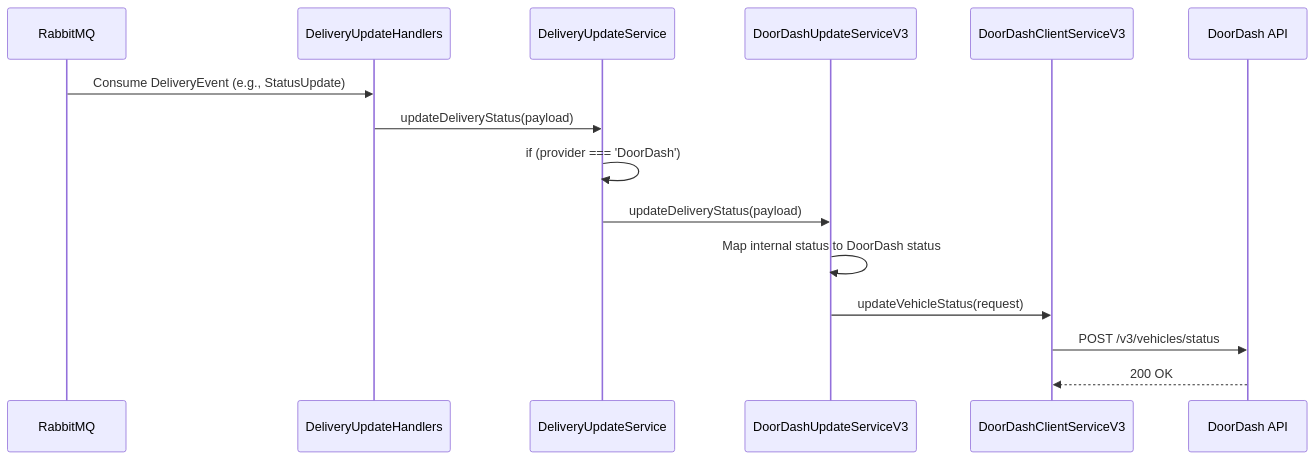
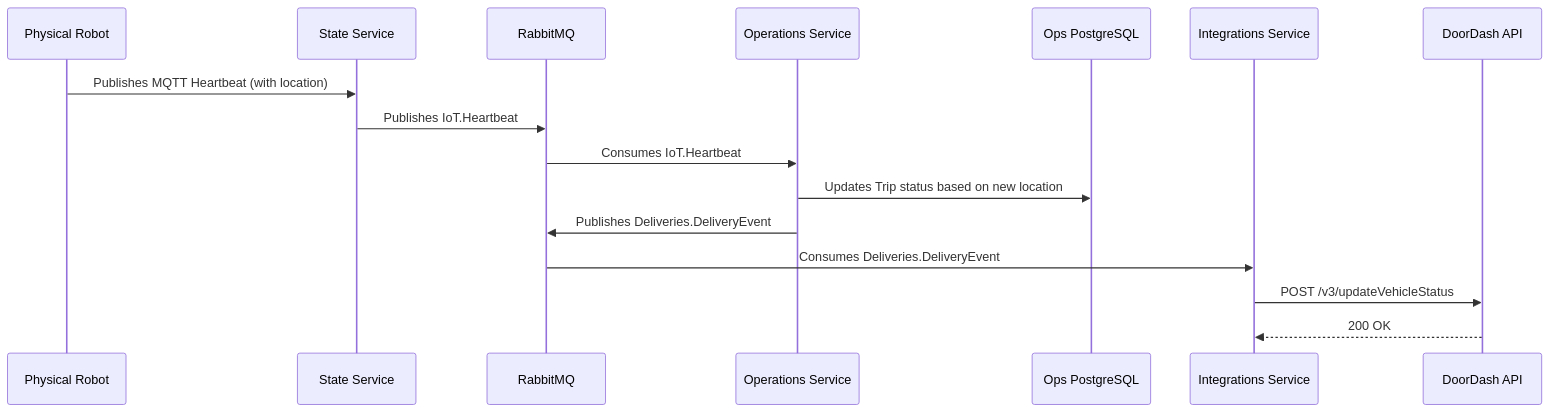
Before and after one commit to jeremieshaker-coco/obsidian: diagram 15 of 17 in research/DEVICE_API_RESEARCH_NOTES.md, drawn with Mermaid. The commit also changed other lines of this file and 19 other files, not shown here.

````diff
--- a/research/DEVICE_API_RESEARCH_NOTES.md
+++ b/research/DEVICE_API_RESEARCH_NOTES.md
@@ -628,18 +703,19 @@
 ```mermaid
 sequenceDiagram
+    participant Robot as Physical Robot
+    participant StateSvc as State Service
     participant RMQ as RabbitMQ
-    participant Handler as DeliveryUpdateHandlers
-    participant Router as DeliveryUpdateService
-    participant DD as DoorDashUpdateServiceV3
-    participant Client as DoorDashClientServiceV3
+    participant OpsSvc as Operations Service
+    participant OpsDB as Ops PostgreSQL
+    participant IntSvc as Integrations Service
     participant DoorDash as DoorDash API
 
-    RMQ->>Handler: Consume DeliveryEvent (e.g., StatusUpdate)
-    Handler->>Router: updateDeliveryStatus(payload)
-    Router->>Router: if (provider === 'DoorDash')
-    Router->>DD: updateDeliveryStatus(payload)
-    DD->>DD: Map internal status to DoorDash status
-    DD->>Client: updateVehicleStatus(request)
-    Client->>DoorDash: POST /v3/vehicles/status
-    DoorDash-->>Client: 200 OK
+    Robot->>StateSvc: Publishes MQTT Heartbeat (with location)
+    StateSvc->>RMQ: Publishes IoT.Heartbeat
+    RMQ->>OpsSvc: Consumes IoT.Heartbeat
+    OpsSvc->>OpsDB: Updates Trip status based on new location
+    OpsSvc->>RMQ: Publishes Deliveries.DeliveryEvent
+    RMQ->>IntSvc: Consumes Deliveries.DeliveryEvent
+    IntSvc->>DoorDash: POST /v3/updateVehicleStatus
+    DoorDash-->>IntSvc: 200 OK
 ```
````
